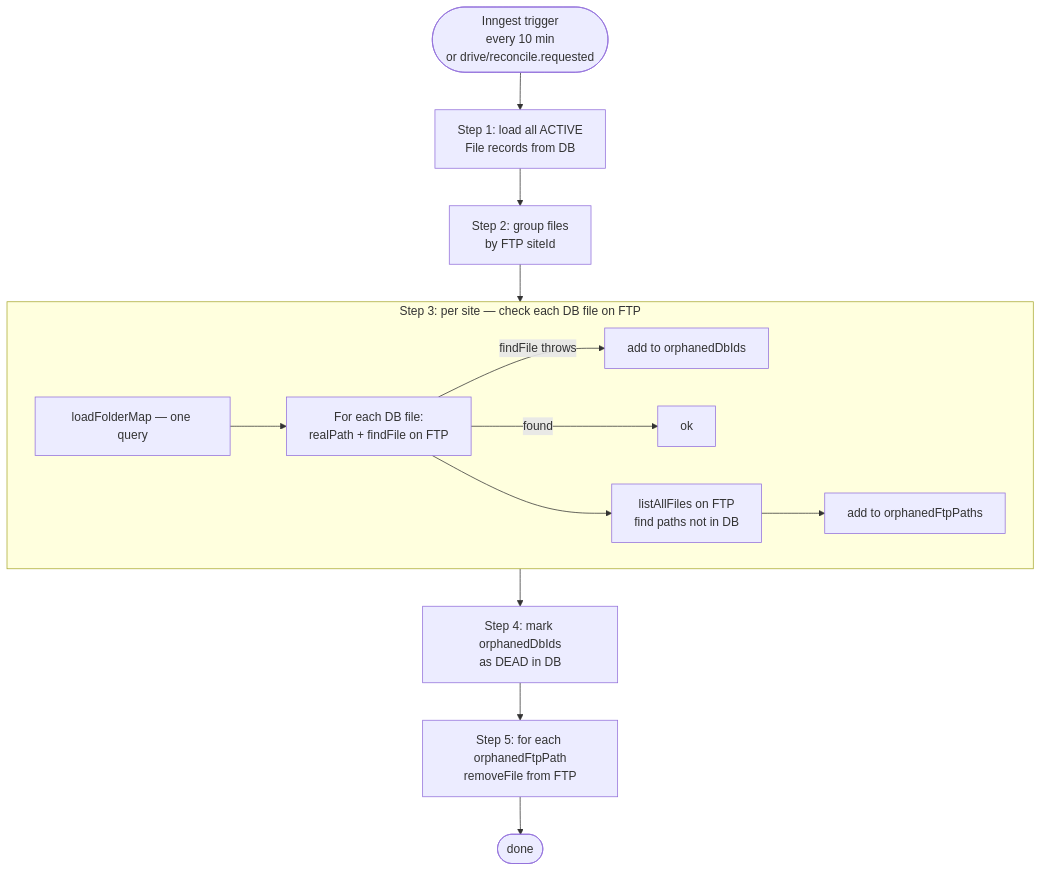
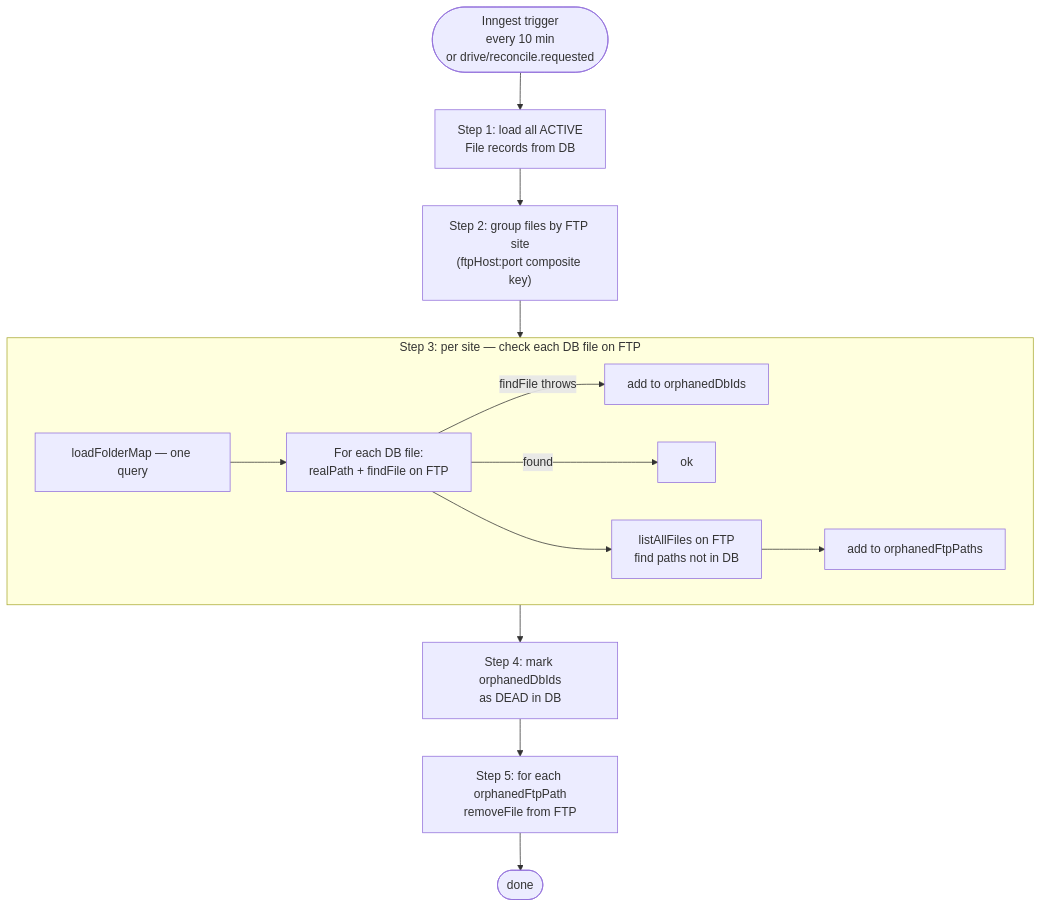
One commit to GLASSSFIN-DEV/ftp-drive-api changed the eighth of 9 diagrams in README.md. Above: the diagram before and after it, drawn with Mermaid. The commit also changed other lines of this file, not shown here.

````diff
--- a/README.md
+++ b/README.md
@@ -303,19 +379,19 @@
 ```mermaid
 flowchart TD
     Trigger([Inngest trigger\nevery 10 min\nor drive/reconcile.requested]) --> Step1
 
     Step1[Step 1: load all ACTIVE\nFile records from DB] --> Step2
-    Step2[Step 2: group files\nby FTP siteId] --> Step3
+    Step2["Step 2: group files by FTP site\n(ftpHost:port composite key)"] --> Step3
 
     subgraph Step3 ["Step 3: per site — check each DB file on FTP"]
         S3a[loadFolderMap — one query] --> S3b
         S3b[For each DB file:\nrealPath + findFile on FTP]
         S3b -->|findFile throws| S3c[add to orphanedDbIds]
         S3b -->|found| S3d[ok]
         S3b --> S3e[listAllFiles on FTP\nfind paths not in DB] --> S3f[add to orphanedFtpPaths]
     end
 
     Step3 --> Step4
     Step4["Step 4: mark orphanedDbIds\nas DEAD in DB"] --> Step5
     Step5["Step 5: for each orphanedFtpPath\nremoveFile from FTP"] --> Done([done])
 ```
````
